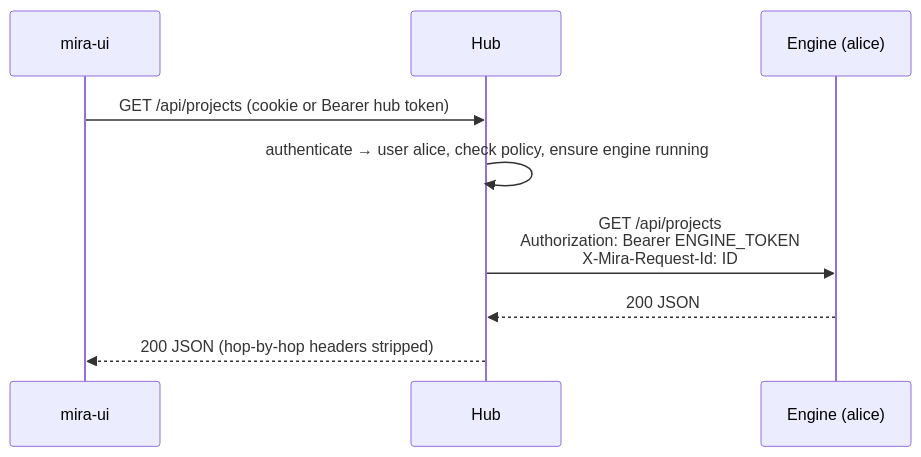
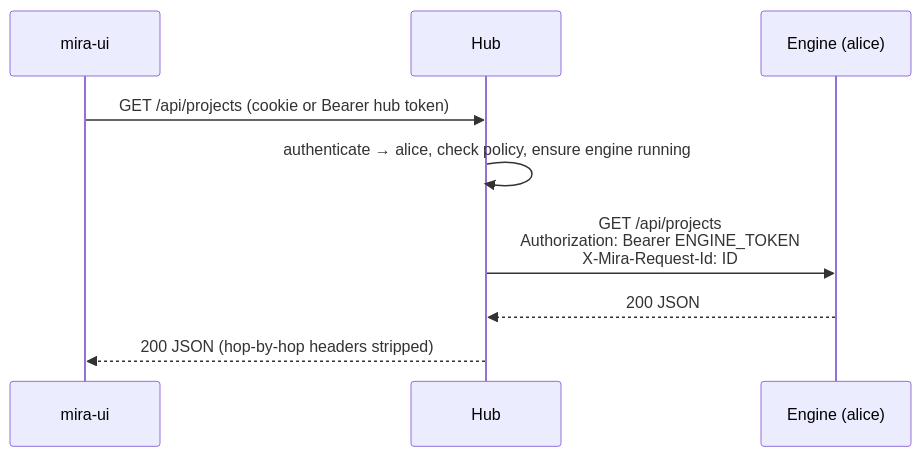
Before and after one commit to MIRA-Intelligence/mira: the third of 5 diagrams in docs/server-edition/architecture.md, drawn with Mermaid. The commit also changed other lines of this file, not shown here.

````diff
--- a/docs/server-edition/architecture.md
+++ b/docs/server-edition/architecture.md
@@ -142,11 +232,11 @@
 ```mermaid
 sequenceDiagram
   participant U as mira-ui
   participant H as Hub
   participant E as Engine (alice)
   U->>H: GET /api/projects (cookie or Bearer hub token)
-  H->>H: authenticate → user alice, check policy, ensure engine running
+  H->>H: authenticate → alice, check policy, ensure engine running
   H->>E: GET /api/projects<br/>Authorization: Bearer ENGINE_TOKEN<br/>X-Mira-Request-Id: ID
   E-->>H: 200 JSON
   H-->>U: 200 JSON (hop-by-hop headers stripped)
 ```
````
